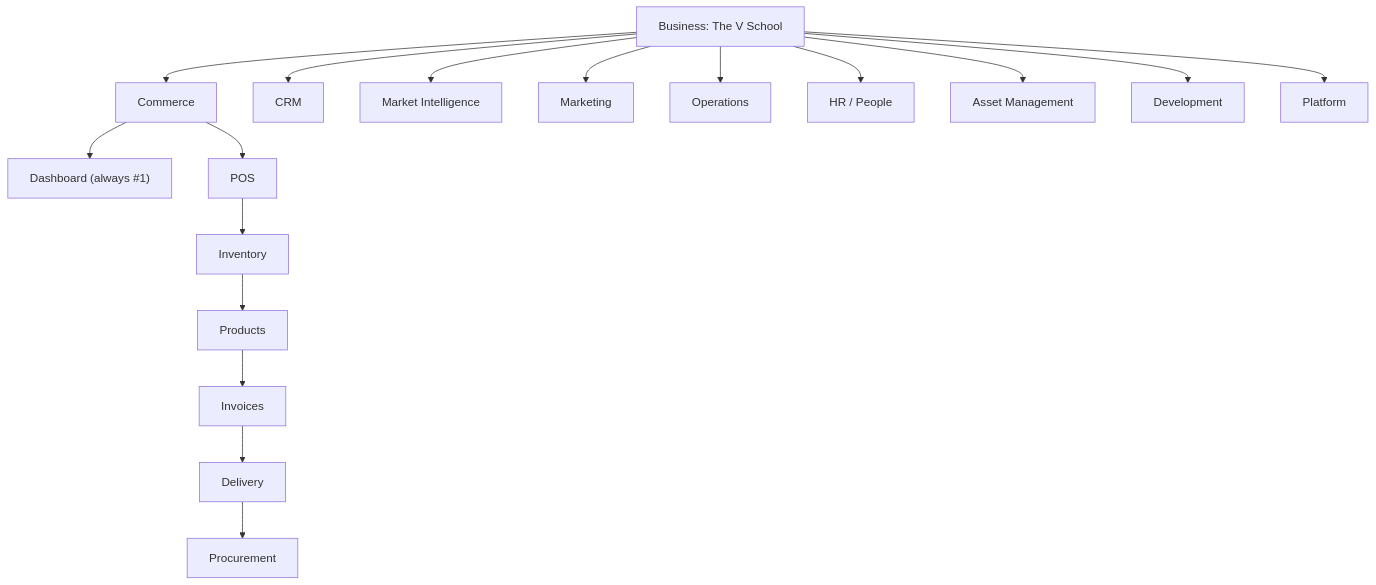
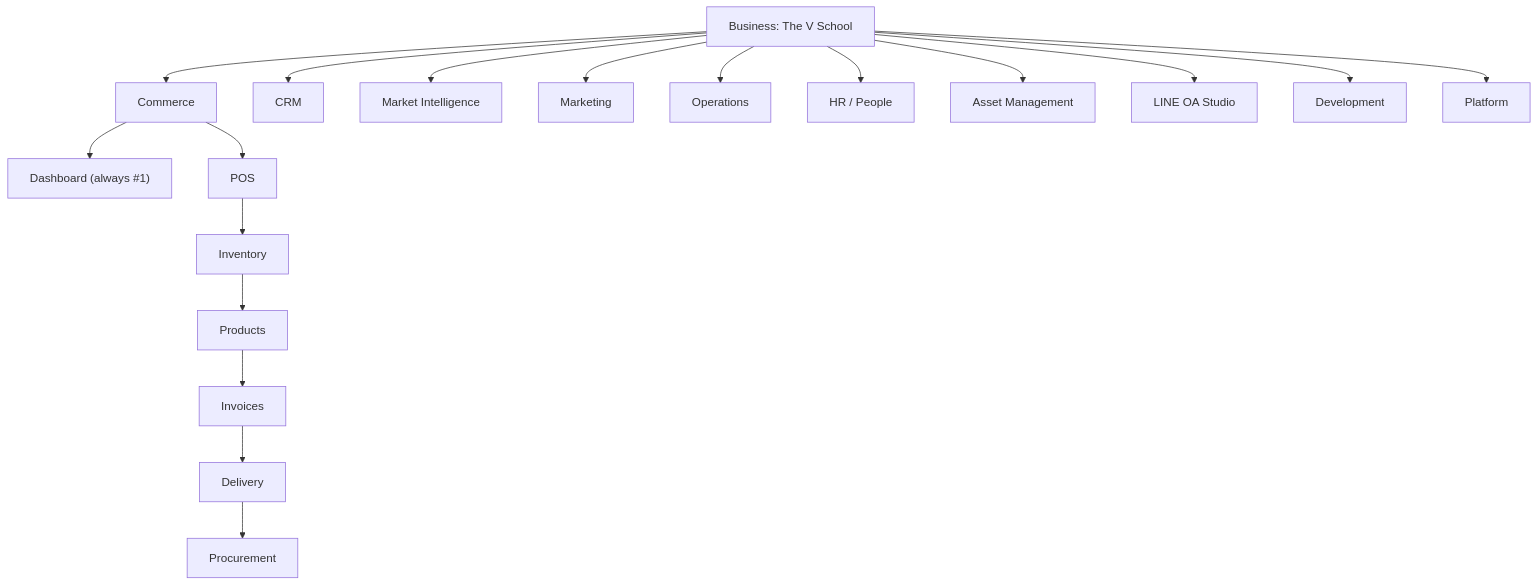
Before and after one commit to Freshair129/zuri.ai: the diagram in docs/SITEMAP-DOMAIN-NAV.md, drawn with Mermaid. The commit also changed other lines of this file and 12 other files, not shown here.

First line of the commit message:
docs(line-oa-studio): declare the LINE OA Studio domain (ADR-060)

````diff
--- a/docs/SITEMAP-DOMAIN-NAV.md
+++ b/docs/SITEMAP-DOMAIN-NAV.md
@@ -101,14 +102,15 @@
 ```mermaid
 flowchart TD
   B[Business: The V School] --> D1[Commerce]
   B --> D2[CRM]
   B --> D2b[Market Intelligence]
   B --> D3[Marketing]
   B --> D4[Operations]
   B --> D5[HR / People]
   B --> D5b[Asset Management]
+  B --> D5c[LINE OA Studio]
   B --> D6[Development]
   B --> D7[Platform]
   D1 --> C0["Dashboard (always #1)"]
   D1 --> C1[POS] --> C2[Inventory] --> C3[Products] --> C4[Invoices] --> C5[Delivery] --> C6[Procurement]
 ```
````
